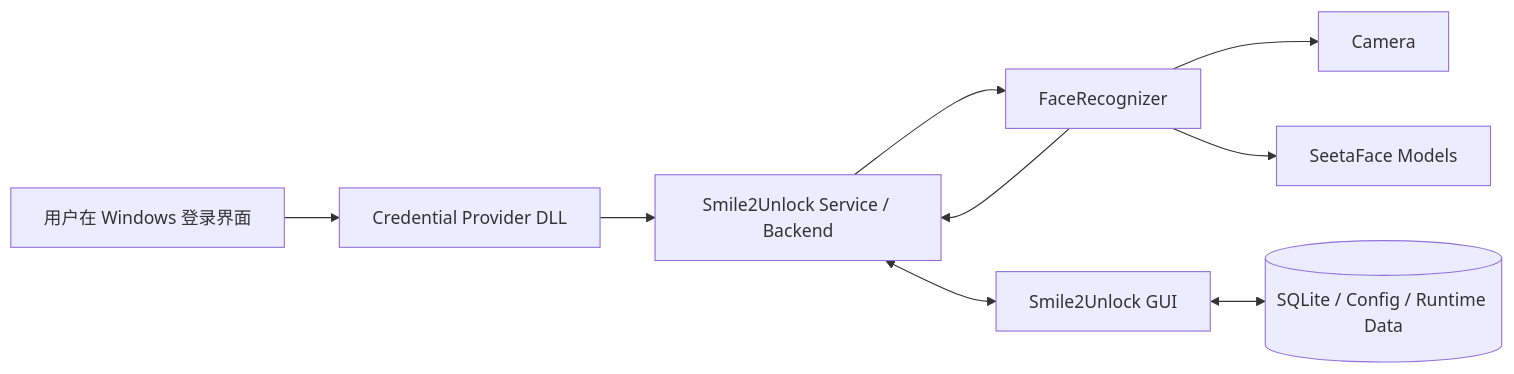
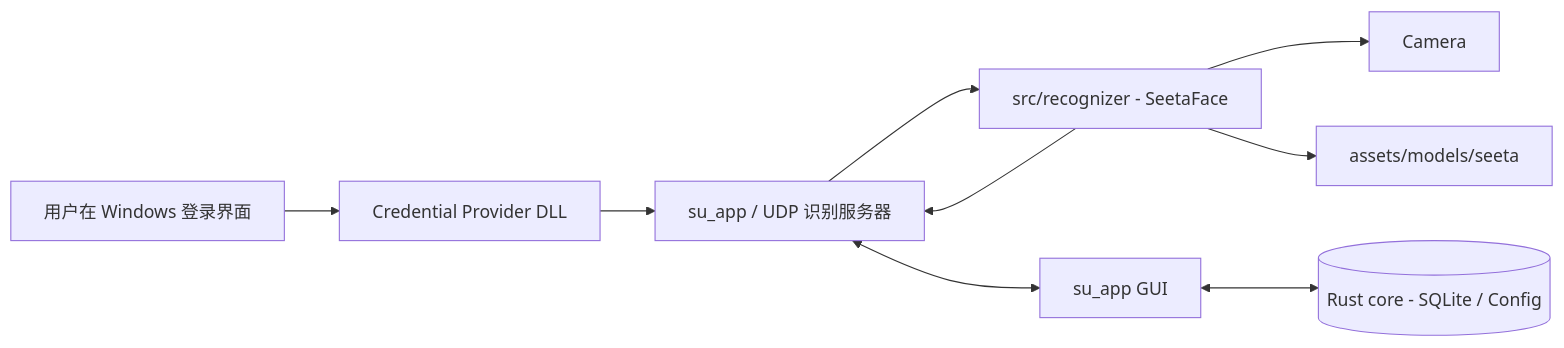
The first of 3 diagrams in README_zh.md (Smile2Unlock/Smile2Unlock_v2), drawn with Mermaid before and after one commit. The commit also changed other lines of this file and 87 other files, not shown here.

````diff
--- a/README_zh.md
+++ b/README_zh.md
@@ -87,11 +85,11 @@
 ```mermaid
 flowchart LR
     U[用户在 Windows 登录界面] --> CP[Credential Provider DLL]
-    CP --> S[Smile2Unlock Service / Backend]
-    S --> FR[FaceRecognizer]
-    S <--> GUI[Smile2Unlock GUI]
-    GUI <--> DB[(SQLite / Config / Runtime Data)]
-    FR --> CAM[Camera]
-    FR --> MODEL[SeetaFace Models]
-    FR --> S
+    CP --> S[su_app / UDP 识别服务器]
+    S --> R[src/recognizer - SeetaFace]
+    S <--> GUI[su_app GUI]
+    GUI <--> CORE[(Rust core - SQLite / Config)]
+    R --> CAM[Camera]
+    R --> MODEL[assets/models/seeta]
+    R --> S
 ```
````
